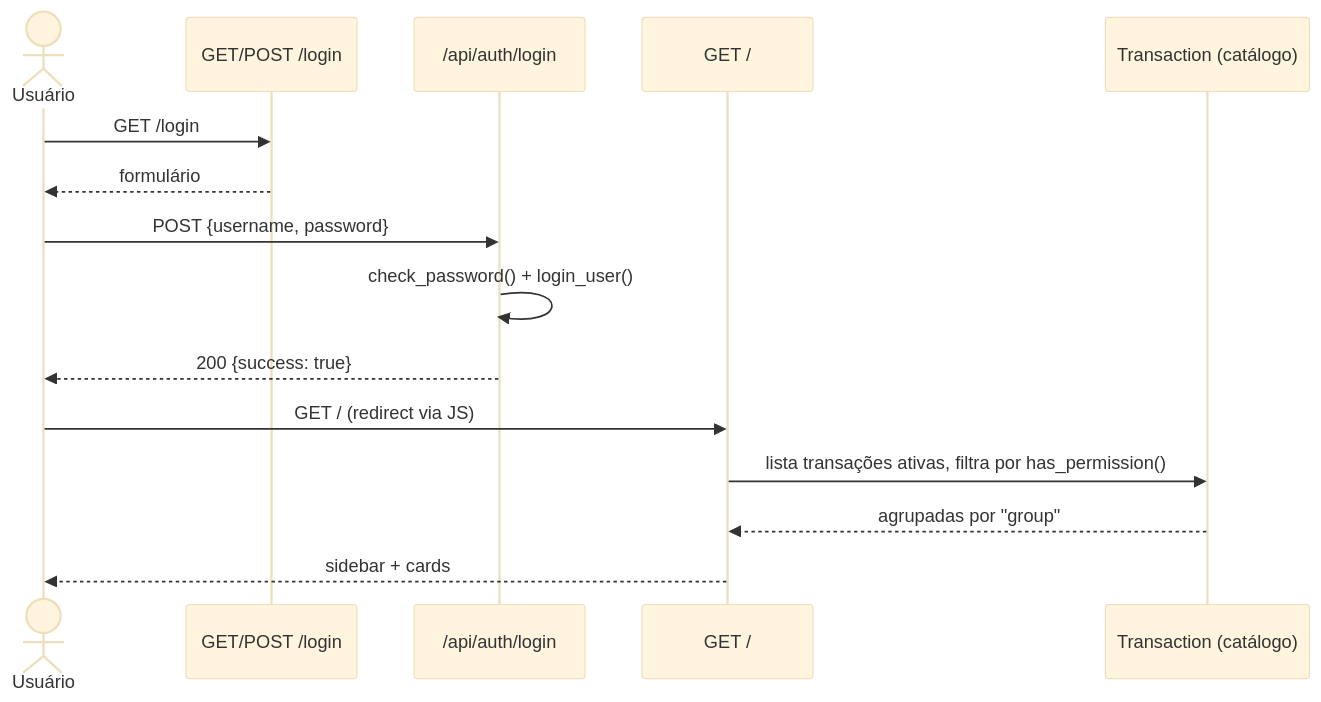
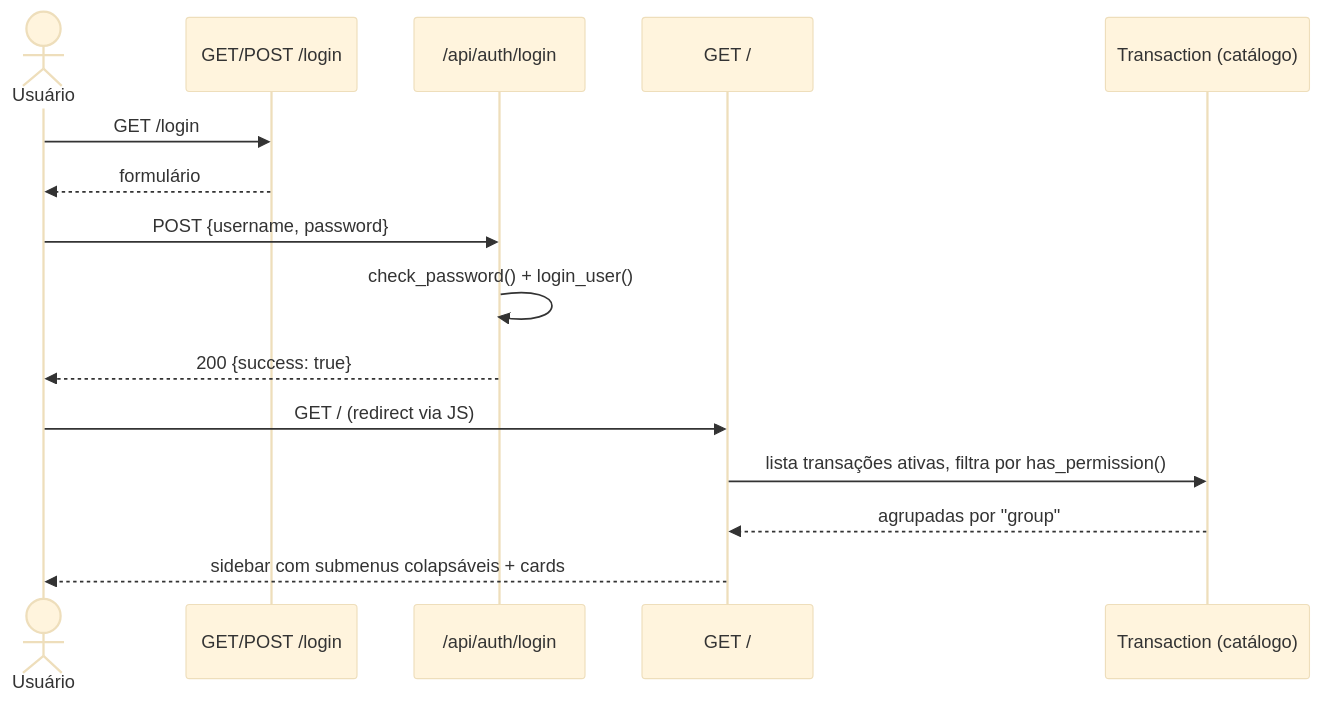
The second of 8 diagrams in docs/technical/03-fluxos.md (ChristopherNicolasSMM/Tesseract), drawn with Mermaid (base theme) before and after one commit. The commit also changed other lines of this file and 24 other files, not shown here.

````diff
--- a/docs/technical/03-fluxos.md
+++ b/docs/technical/03-fluxos.md
@@ -26,18 +26,18 @@
 ```mermaid
 sequenceDiagram
     actor U as Usuário
     participant Login as GET/POST /login
     participant Auth as /api/auth/login
     participant Home as GET /
     participant TX as Transaction (catálogo)
 
     U->>Login: GET /login
     Login-->>U: formulário
     U->>Auth: POST {username, password}
     Auth->>Auth: check_password() + login_user()
     Auth-->>U: 200 {success: true}
     U->>Home: GET / (redirect via JS)
     Home->>TX: lista transações ativas, filtra por has_permission()
     TX-->>Home: agrupadas por "group"
-    Home-->>U: sidebar + cards
+    Home-->>U: sidebar com submenus colapsáveis + cards
 ```
````
